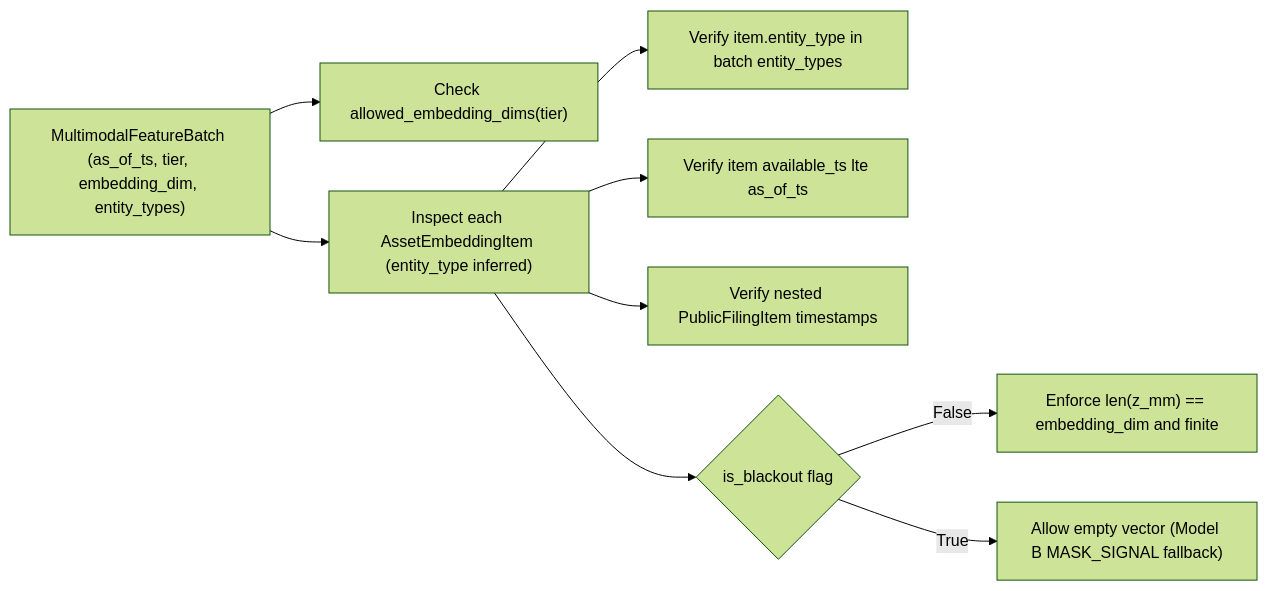
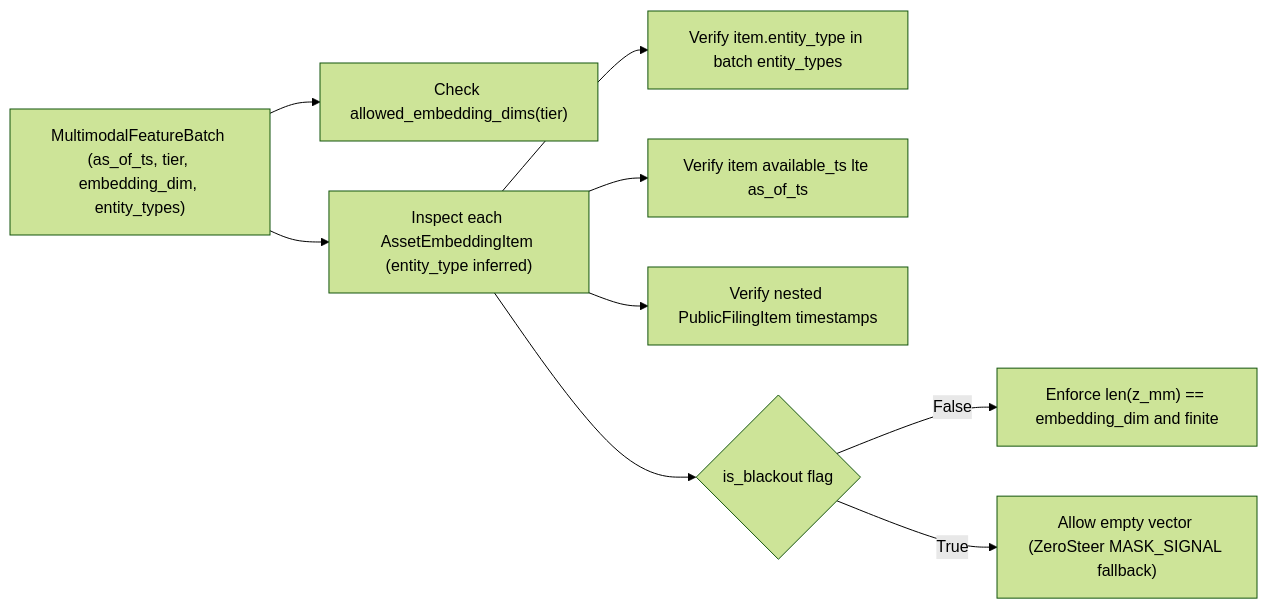
The diagram in openwiki/architecture/pit-and-multimodal-contracts.md (zerostreet/zerostreet-schema), drawn with Mermaid (forest theme) before and after one commit. The commit also changed other lines of this file and 7 other files, not shown here.

Commit message:
docs(openwiki): rename HyperAlpha-VLA documentation to ZeroSteer

````diff
--- a/openwiki/architecture/pit-and-multimodal-contracts.md
+++ b/openwiki/architecture/pit-and-multimodal-contracts.md
@@ -71,11 +72,11 @@
 ```mermaid
 flowchart LR
     BATCH["MultimodalFeatureBatch (as_of_ts, tier, embedding_dim, entity_types)"] --> TIER_CHK["Check allowed_embedding_dims(tier)"]
     BATCH --> ITEMS["Inspect each AssetEmbeddingItem (entity_type inferred)"]
     ITEMS --> UNIT_CHK["Verify item.entity_type in batch entity_types"]
     ITEMS --> PIT_ITEM["Verify item available_ts lte as_of_ts"]
     ITEMS --> PIT_FILING["Verify nested PublicFilingItem timestamps"]
     ITEMS --> BLACKOUT{"is_blackout flag"}
     BLACKOUT -- "False" --> DIM_CHK["Enforce len(z_mm) == embedding_dim and finite"]
-    BLACKOUT -- "True" --> PASS["Allow empty vector (Model B MASK_SIGNAL fallback)"]
+    BLACKOUT -- "True" --> PASS["Allow empty vector (ZeroSteer MASK_SIGNAL fallback)"]
 ```
````
